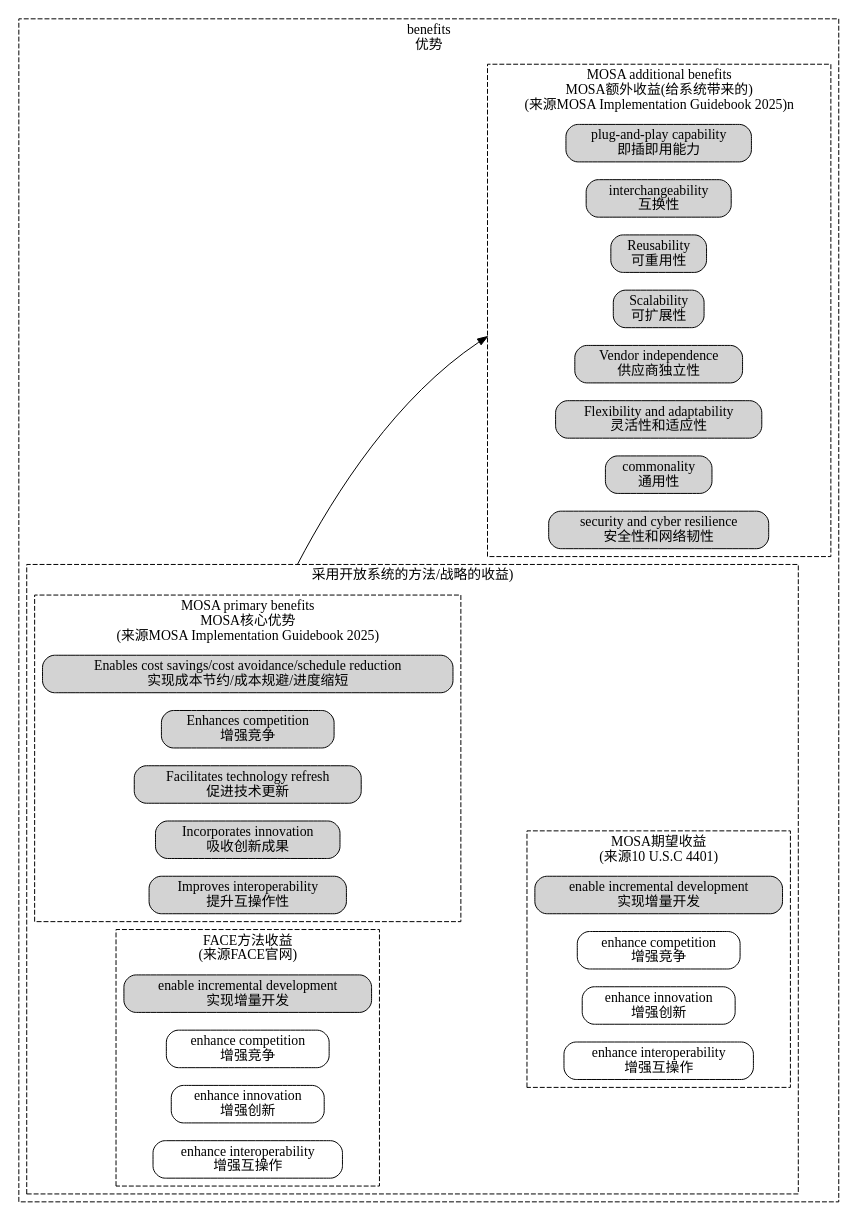
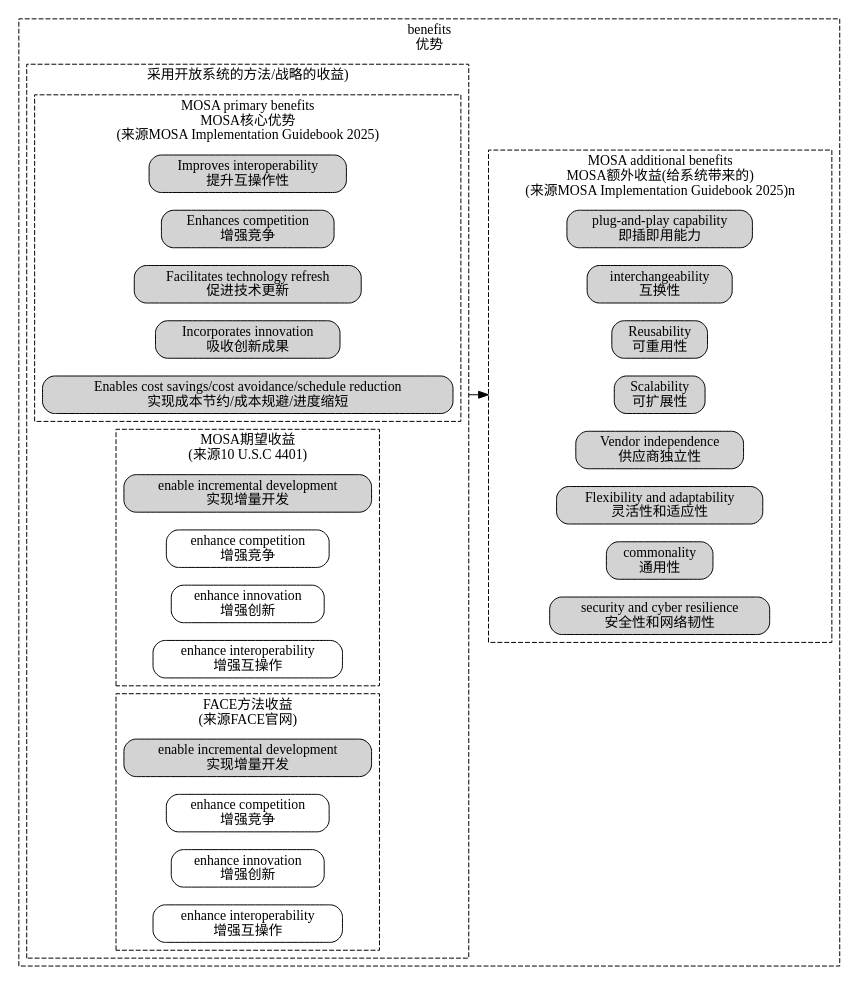
One commit to chaozhang2000/soa changed the diagram in parts/soa_feature_benifits.dot. Above: the diagram before and after it, drawn with Graphviz. The commit also changed 2 other files, not shown here.

```diff
--- a/parts/soa_feature_benifits.dot
+++ b/parts/soa_feature_benifits.dot
@@ -1,52 +1,52 @@
 digraph G {
   graph [rankdir=LR,compound=true];
   node [shape=box, style="rounded,filled"];
 subgraph cluster_MOSA_benefits{
 	label="benefits\n优势"
 	style = dashed;
 subgraph cluster_MOSA_benefits1{
 	label="采用开放系统的方法/战略的收益)"
 	style = dashed;
 	
 	subgraph cluster_MOSA_primary_benefits{
 	label="MOSA primary benefits\nMOSA核心优势\n(来源MOSA Implementation Guidebook 2025)"
 	style = dashed;
 	MOSA_Benefit1[label="Improves interoperability\n提升互操作性"]
 	MOSA_Benefit2[label="Enhances competition\n增强竞争"]
 	MOSA_Benefit3[label="Facilitates technology refresh\n促进技术更新"]
 	MOSA_Benefit4[label="Incorporates innovation\n吸收创新成果"]
 	MOSA_Benefit5[label="Enables cost savings/cost avoidance/schedule reduction\n实现成本节约/成本规避/进度缩短"]
 	}
 subgraph cluster_MOSA_benefits2{
 	label="MOSA期望收益\n(来源10 U.S.C 4401)"
 	style = dashed;
 	MOSA_Benefit14[label="enable incremental development\n实现增量开发"]
 	MOSA_Benefit15[label="enhance competition\n增强竞争",color=black,fillcolor=white]
 	MOSA_Benefit16[label="enhance innovation\n增强创新",color=black,fillcolor=white]
 	MOSA_Benefit17[label="enhance interoperability\n增强互操作",color=black,fillcolor=white]
 }
 subgraph cluster_FACE_benefits2{
 	label="FACE方法收益\n(来源FACE官网)"
 	style = dashed;
 	FACE_Benefit0[label="enable incremental development\n实现增量开发"]
 	FACE_Benefit1[label="enhance competition\n增强竞争",color=black,fillcolor=white]
 	FACE_Benefit2[label="enhance innovation\n增强创新",color=black,fillcolor=white]
 	FACE_Benefit3[label="enhance interoperability\n增强互操作",color=black,fillcolor=white]
 }
 }
 	subgraph cluster_MOSA_additional_benefits{
 	label="MOSA additional benefits\nMOSA额外收益(给系统带来的)\n(来源MOSA Implementation Guidebook 2025)n"
 	style = dashed;
 	MOSA_Benefit6[label="plug-and-play capability\n即插即用能力"]
 	MOSA_Benefit7[label="interchangeability\n互换性"]
 	MOSA_Benefit8[label="Reusability\n可重用性"]
 	MOSA_Benefit9[label="Scalability\n可扩展性"]
 	MOSA_Benefit10[label="Vendor independence\n供应商独立性"]
 	MOSA_Benefit11[label="Flexibility and adaptability\n灵活性和适应性"]
 	MOSA_Benefit12[label="commonality\n通用性"]
 	MOSA_Benefit13[label="security and cyber resilience\n安全性和网络韧性"]
 	}
 }
 MOSA_Benefit5->MOSA_Benefit9[lhead = "cluster_MOSA_additional_benefits",ltail = "cluster_MOSA_benefits1"]
-MOSA_Benefit1->MOSA_Benefit14[style=invis]
+//MOSA_Benefit1->MOSA_Benefit14[style=invis]
 }
```
